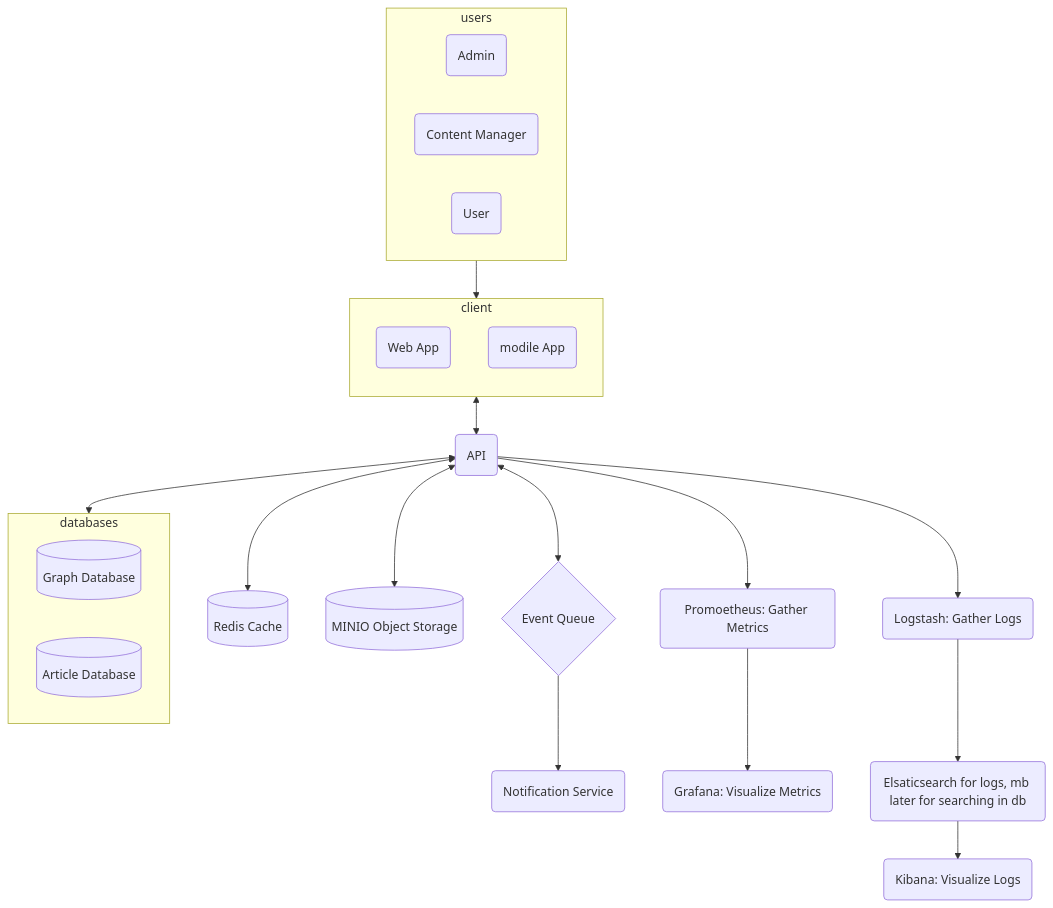
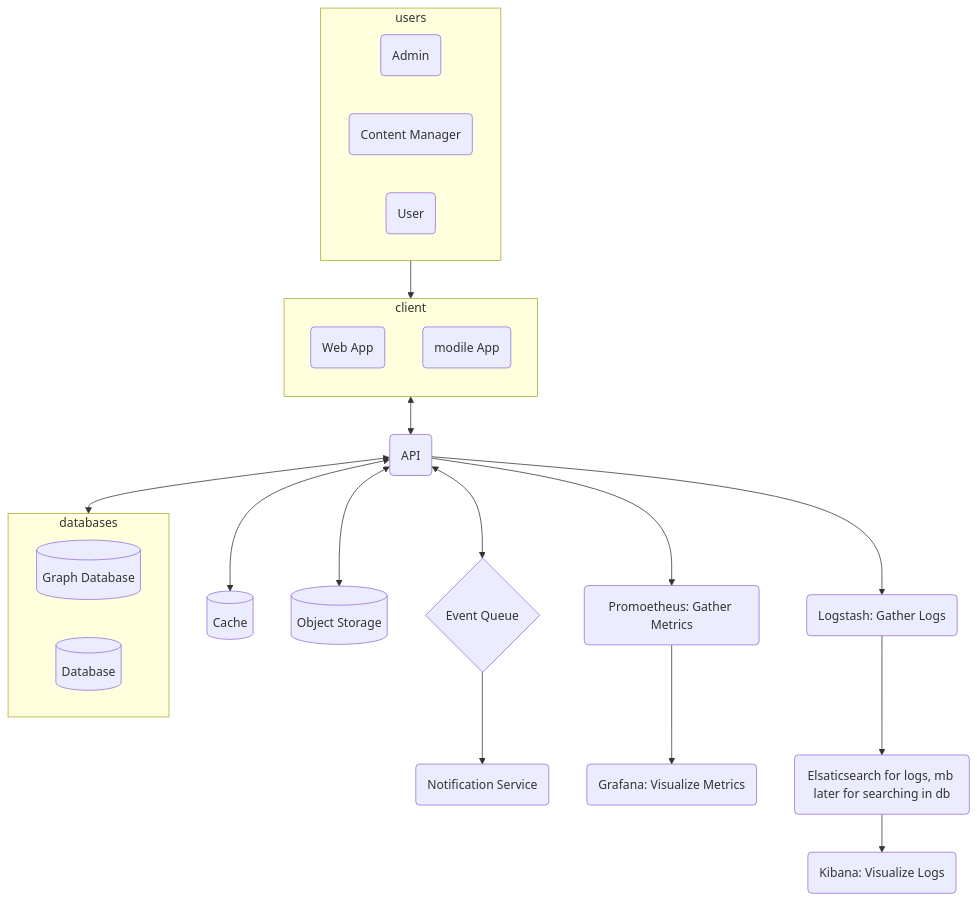
Before and after one commit to 4ry1337/my-obsidian: the third of 6 diagrams in Capstone/Diagrams.md, drawn with Mermaid. The commit also changed 1 other file, not shown here.

Commit message:
vault backup: 2024-01-17 16:19:21

````diff
--- a/Capstone/Diagrams.md
+++ b/Capstone/Diagrams.md
@@ -135,47 +135,49 @@
 ```mermaid
 flowchart TD
 	subgraph users
 		a(Admin)
 		cm(Content Manager)
 		u(User)
 	end
 	
 	subgraph client
 		direction TB
 		web(Web App)
 		modile(modile App)
 	end
 	
 	api(API)
 	
-	redis[(Redis Cache)]
 	subgraph databases
-	direction LR
-	    neo4j[(Graph Database)]
-	    sql[(Article Database)]
+		direction LR
+	    graphdb[(Graph Database)]
+	    db[(Database)]
 	end
-    minio[(MINIO Object Storage)]
+	
+	cache[(Cache)]
+    os[(Object Storage)]
     
     queue{Event Queue}
+    
     ns(Notification Service)
     
     promoetheus(Promoetheus: Gather Metrics)
     grafana(Grafana: Visualize Metrics)
     logstash(Logstash: Gather Logs)
     
     elsaticsearch("Elsaticsearch for logs, mb later for searching in db")
     kibana(Kibana: Visualize Logs)
     
 	users --> client
 	client <--> api
 	api <--> databases
-	api <--> minio
-	api <--> redis
+	api <--> os
+	api <--> cache
 	api <--> queue
 	queue --> ns
 	api --> logstash
 	logstash --> elsaticsearch
 	elsaticsearch --> kibana
 	api --> promoetheus
 	promoetheus --> grafana
 ```
````
